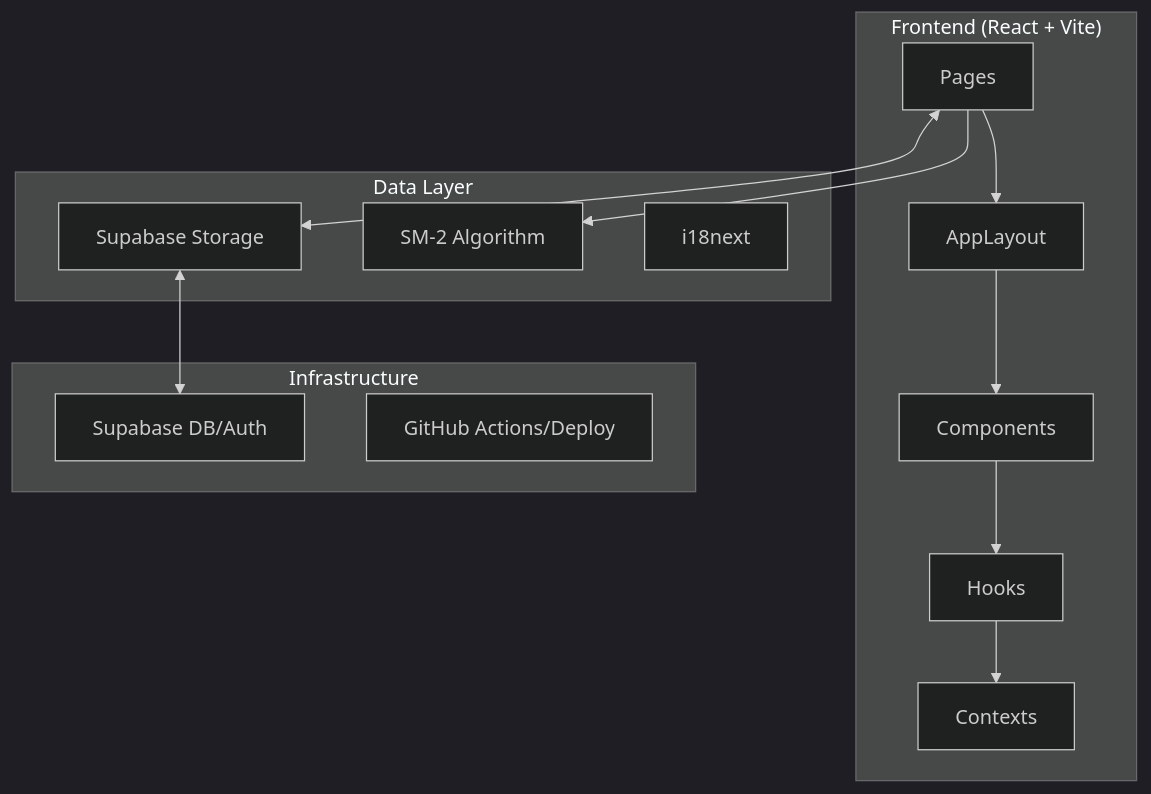
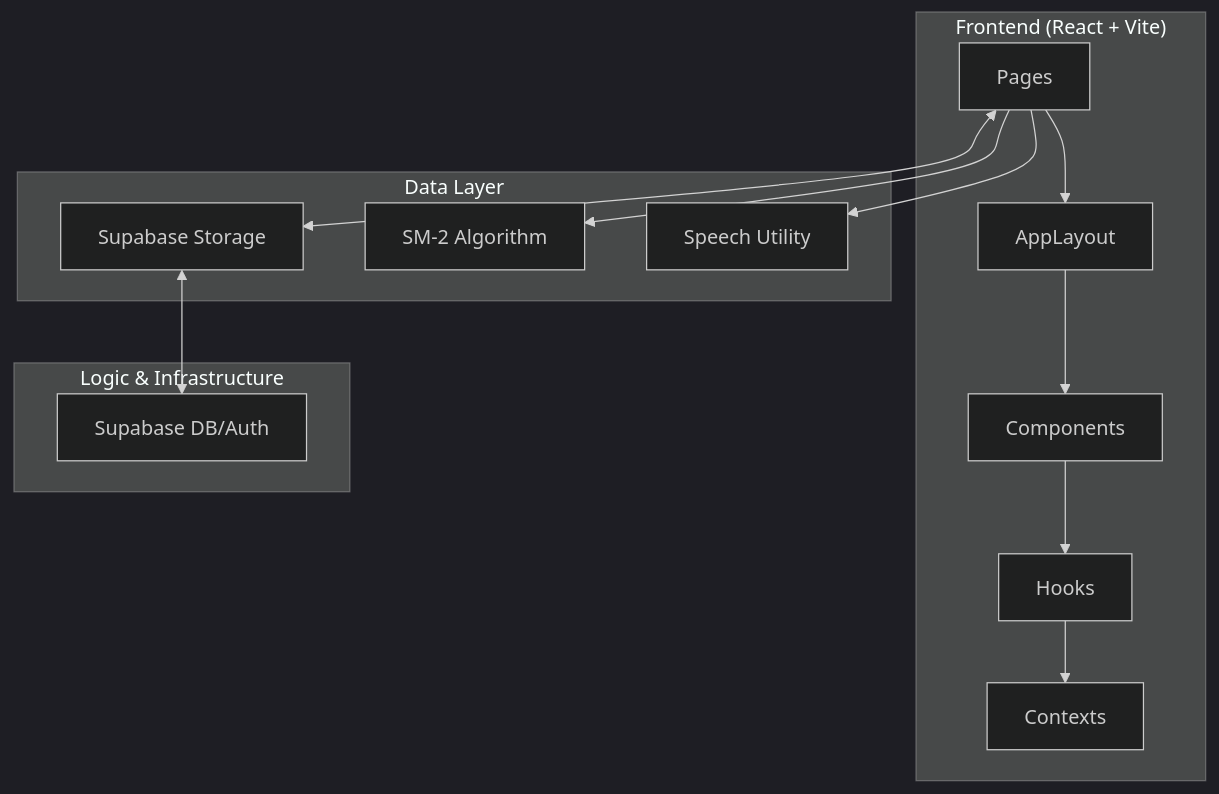
The diagram in ARCHITECTURE.md (Kyo93/voca-flash), drawn with Mermaid (dark theme) before and after one commit. The commit also changed other lines of this file and 11 other files, not shown here.

````diff
--- a/ARCHITECTURE.md
+++ b/ARCHITECTURE.md
@@ -9,24 +9,26 @@
 ```mermaid
 graph TD
     subgraph "Frontend (React + Vite)"
         A[Pages] --> B[AppLayout]
         B --> C[Components]
         C --> D[Hooks]
         D --> E[Contexts]
     end
 
     subgraph "Data Layer"
         F[Supabase Storage]
         G[SM-2 Algorithm]
         H[i18next]
     end
 
-    subgraph "Infrastructure"
+    subgraph "Logic & Infrastructure"
+        G[SM-2 Algorithm]
+        H[Speech Utility]
         I[Supabase DB/Auth]
-        J[GitHub Actions/Deploy]
     end
 
     A <--> F
     F <--> I
     A --> G
+    A --> H
 ```
````
